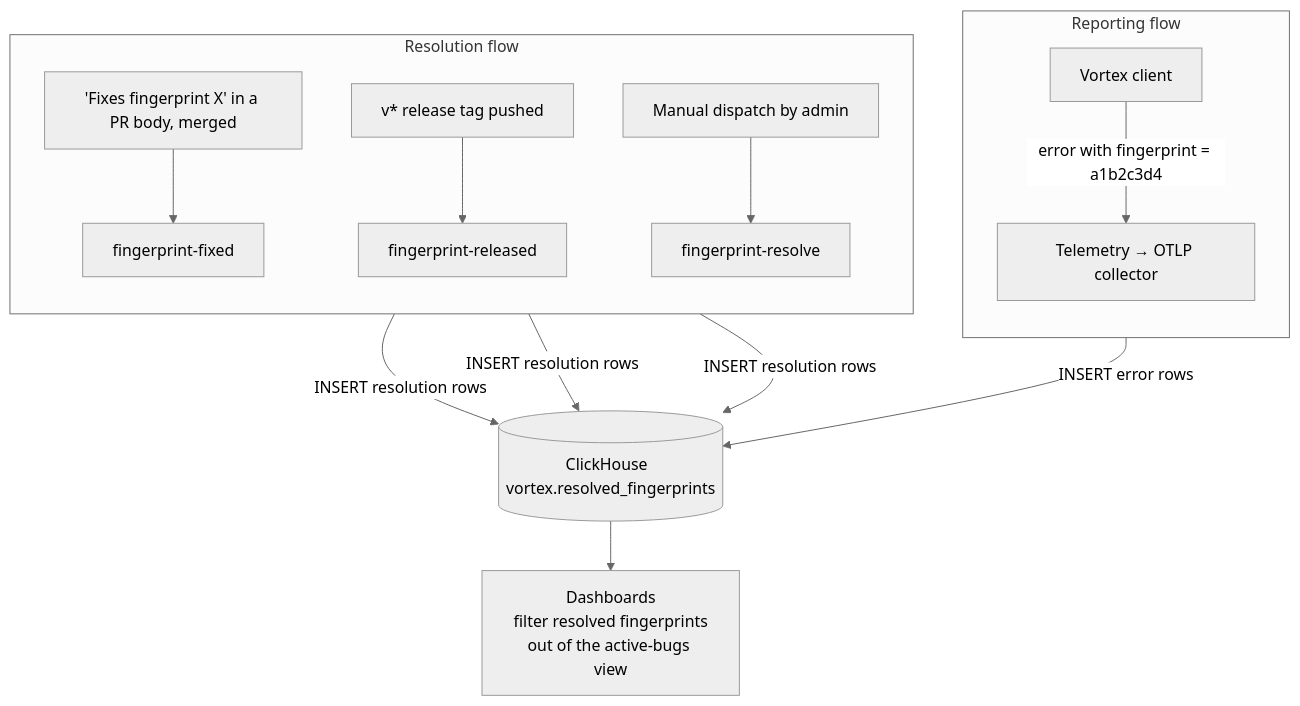
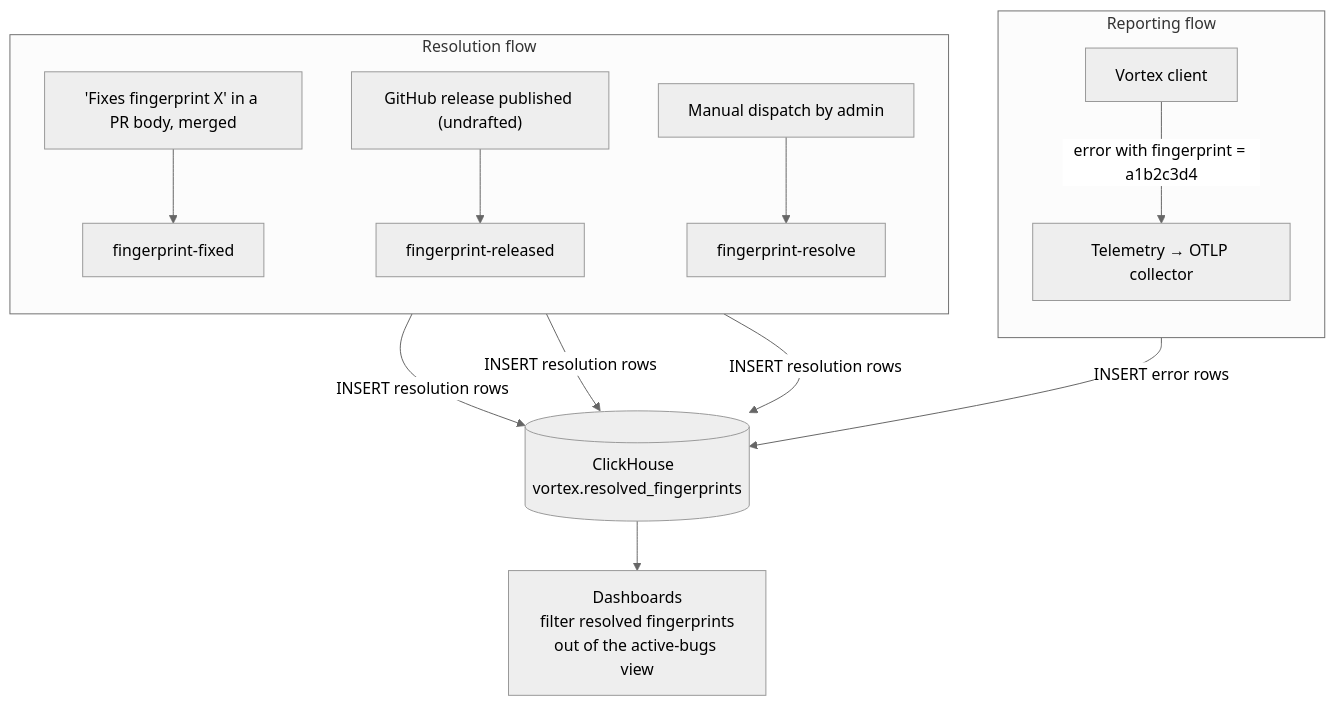
Before and after one commit to Nexus-Mods/Vortex: the diagram in docs/error-reporting/fingerprint-resolution.md, drawn with Mermaid (neutral theme). The commit also changed other lines of this file and 20 other files, not shown here.

````diff
--- a/docs/error-reporting/fingerprint-resolution.md
+++ b/docs/error-reporting/fingerprint-resolution.md
@@ -11,21 +11,21 @@
 ```mermaid
 flowchart TD
     subgraph reporting["Reporting flow"]
         direction TB
         VC[Vortex client] -->|"error with fingerprint = a1b2c3d4"| TEL[Telemetry → OTLP collector]
     end
 
     subgraph resolution["Resolution flow"]
         direction TB
         PR_BODY["'Fixes fingerprint X' in a PR body, merged"] --> FIXED[fingerprint-fixed]
-        TAG_PUSH["v* release tag pushed"] --> RELEASED[fingerprint-released]
+        PUBLISHED["GitHub release published (undrafted)"] --> RELEASED[fingerprint-released]
         MANUAL["Manual dispatch by admin"] --> RESOLVE[fingerprint-resolve]
     end
 
     TEL -->|"INSERT error rows"| CH[("ClickHouse&nbsp;&nbsp;<br/>vortex.resolved_fingerprints")]
     FIXED -->|"INSERT resolution rows"| CH
     RELEASED -->|"INSERT resolution rows"| CH
     RESOLVE -->|"INSERT resolution rows"| CH
 
     CH --> DASH["Dashboards<br/>filter resolved fingerprints<br/>out of the active-bugs view"]
 ```
````
